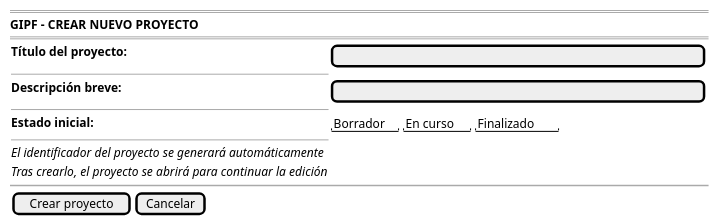
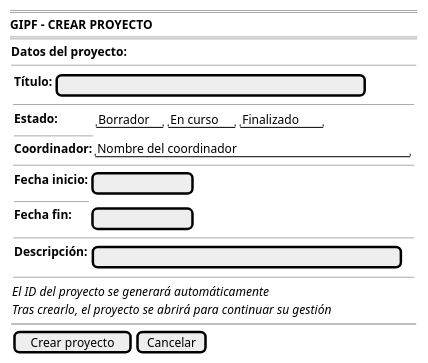
Before and after one commit to 31Diego/25-26-IdSw1-SdR: the diagram in documents/casosDeUso/detalle/coordinador/02-gestion-proyectos/crearProyecto/prototipo/prototipo.puml, drawn with PlantUML. The commit also changed 8 other files, not shown here.

Commit message:
crearProyecto() y abrirProyecto() prototipado y detallado. Ademas edito editarProyecto

```diff
--- a/documents/casosDeUso/detalle/coordinador/02-gestion-proyectos/crearProyecto/prototipo/prototipo.puml
+++ b/documents/casosDeUso/detalle/coordinador/02-gestion-proyectos/crearProyecto/prototipo/prototipo.puml
@@ -1,21 +1,34 @@
 @startsalt crearProyecto-wireframe
 {
     ====
-    <b>GIPF - CREAR NUEVO PROYECTO</b>
+    <b>GIPF - CREAR PROYECTO</b>
     ====
     {
-        <b>Título del proyecto:</b> | [                                              ]
+        <b>Datos del proyecto:</b>
         --
-        <b>Descripción breve:</b> | [                                              ]
-        --
-        <b>Estado inicial:</b> | { "Borrador" | "En curso" | "Finalizado" }
-        --
-        <i>El identificador del proyecto se generará automáticamente</i>
-        <i>Tras crearlo, el proyecto se abrirá para continuar la edición</i>
+        {
+            {
+            {<b>Título:</b> | [                                      ]}
+            --
+            {<b>Estado:</b> | { "Borrador" | "En curso" | "Finalizado" }
+            --
+            <b>Coordinador:</b> | "Nombre del coordinador                 "}
+            --
+            {<b>Fecha inicio:</b> | [            ]
+            --
+            <b>Fecha fin:</b> | [            ]}
+            --
+            {<b>Descripción:</b> |
+                {[                                      ]}}
+                --
+            }
+            <i>El ID del proyecto se generará automáticamente</i>
+            <i>Tras crearlo, el proyecto se abrirá para continuar su gestión</i>
+        }
+
+        ~~
+
+        {[Crear proyecto] | [Cancelar]}
     }
-
-    ~~
-
-    {[Crear proyecto] | [Cancelar]}
 }
 @endsalt
```
